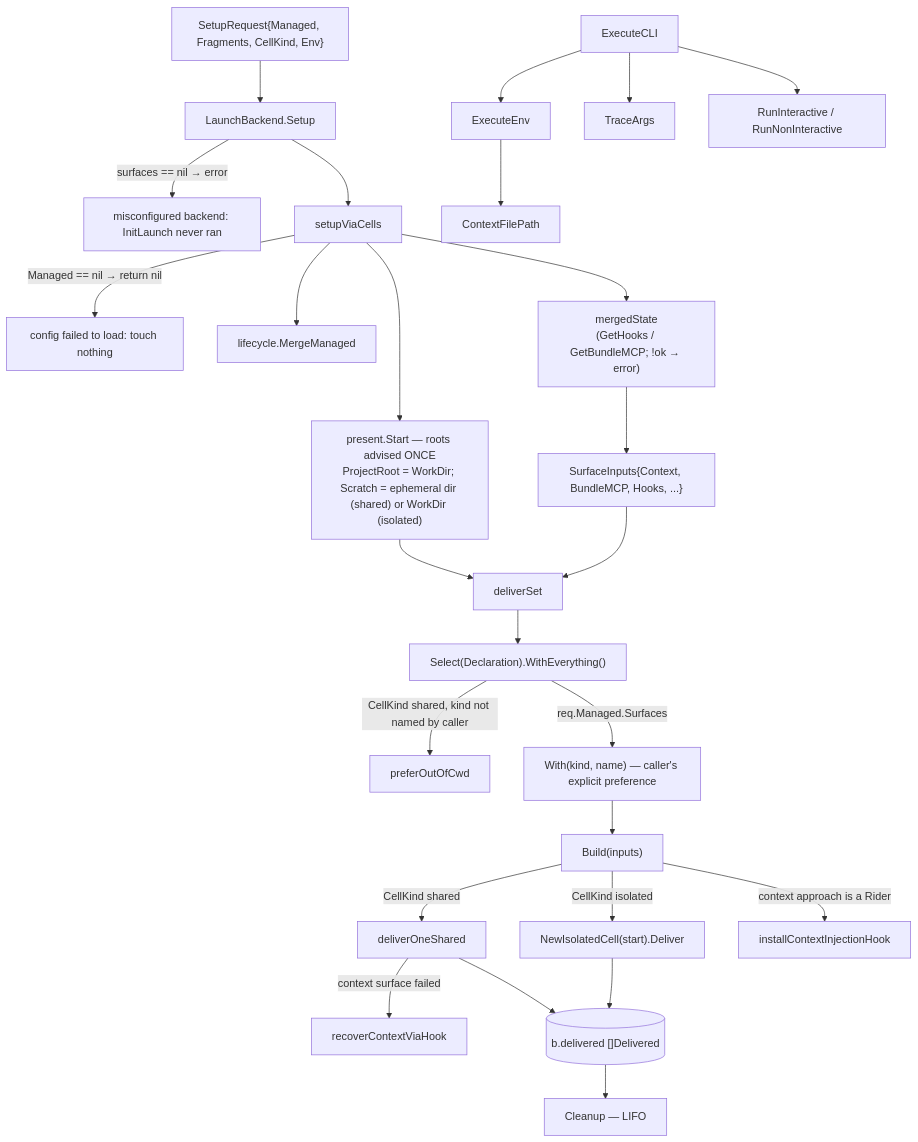
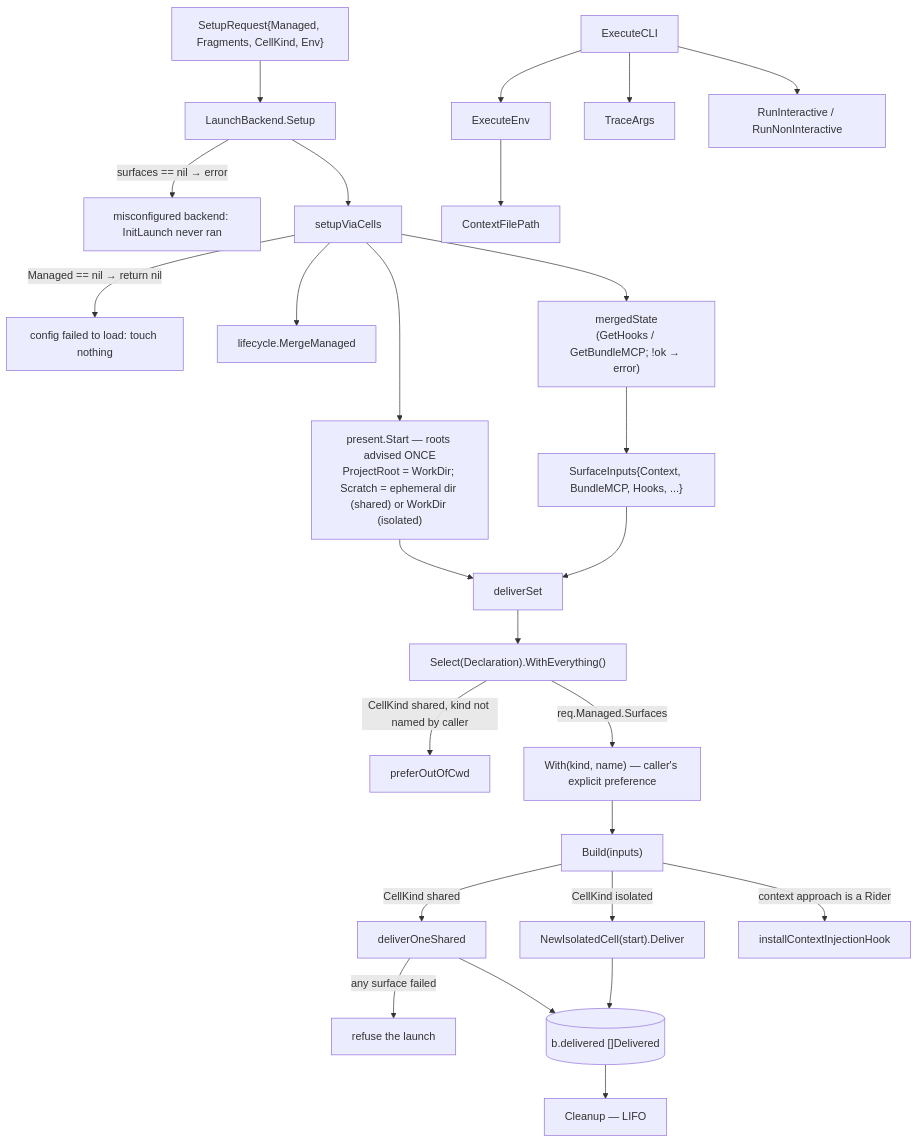
One commit to ctxloom/ctxloom changed the diagram in docs/architecture/shared/agent-launch-lifecycle.md. Above: the diagram before and after it, drawn with Mermaid. The commit also changed other lines of this file and 3 other files, not shown here.

````diff
--- a/docs/architecture/shared/agent-launch-lifecycle.md
+++ b/docs/architecture/shared/agent-launch-lifecycle.md
@@ -14,29 +14,29 @@
 ```mermaid
 flowchart TD
   SR["SetupRequest{Managed, Fragments, CellKind, Env}"] --> SETUP["LaunchBackend.Setup"]
   SETUP -->|"surfaces == nil → error"| MISCONF["misconfigured backend: InitLaunch never ran"]
   SETUP --> SVC["setupViaCells"]
   SVC -->|"Managed == nil → return nil"| DEGRADED["config failed to load: touch nothing"]
   SVC --> MM["lifecycle.MergeManaged"]
   SVC --> MS["mergedState<br/>(GetHooks / GetBundleMCP; !ok → error)"]
   MS --> INPUTS["SurfaceInputs{Context, BundleMCP, Hooks, ...}"]
   SVC --> START["present.Start — roots advised ONCE<br/>ProjectRoot = WorkDir; Scratch = ephemeral dir (shared) or WorkDir (isolated)"]
   INPUTS --> DS["deliverSet"]
   START --> DS
   DS --> SEL["Select(Declaration).WithEverything()"]
   SEL -->|"CellKind shared, kind not named by caller"| PREF["preferOutOfCwd"]
   SEL -->|"req.Managed.Surfaces"| WITH["With(kind, name) — caller's explicit preference"]
   WITH --> BUILD["Build(inputs)"]
   BUILD -->|"CellKind isolated"| CELL["NewIsolatedCell(start).Deliver"]
   BUILD -->|"CellKind shared"| SHARED["deliverOneShared"]
-  SHARED -->|"context surface failed"| REC["recoverContextViaHook"]
+  SHARED -->|"any surface failed"| REFUSE["refuse the launch"]
   BUILD -->|"context approach is a Rider"| HOOK["installContextInjectionHook"]
   CELL --> HANDLES[("b.delivered []Delivered")]
   SHARED --> HANDLES
   HANDLES --> CLEAN["Cleanup — LIFO"]
 
   EXEC["ExecuteCLI"] --> ENV["ExecuteEnv"]
   ENV --> CFP["ContextFilePath"]
   EXEC --> TRACE["TraceArgs"]
   EXEC --> RUN["RunInteractive / RunNonInteractive"]
 ```
````
